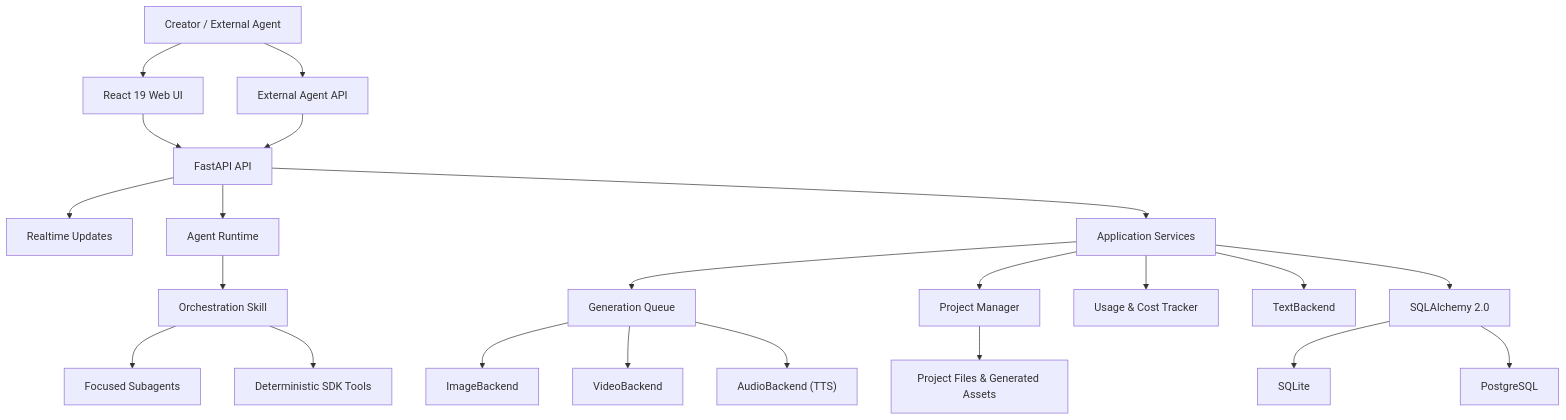
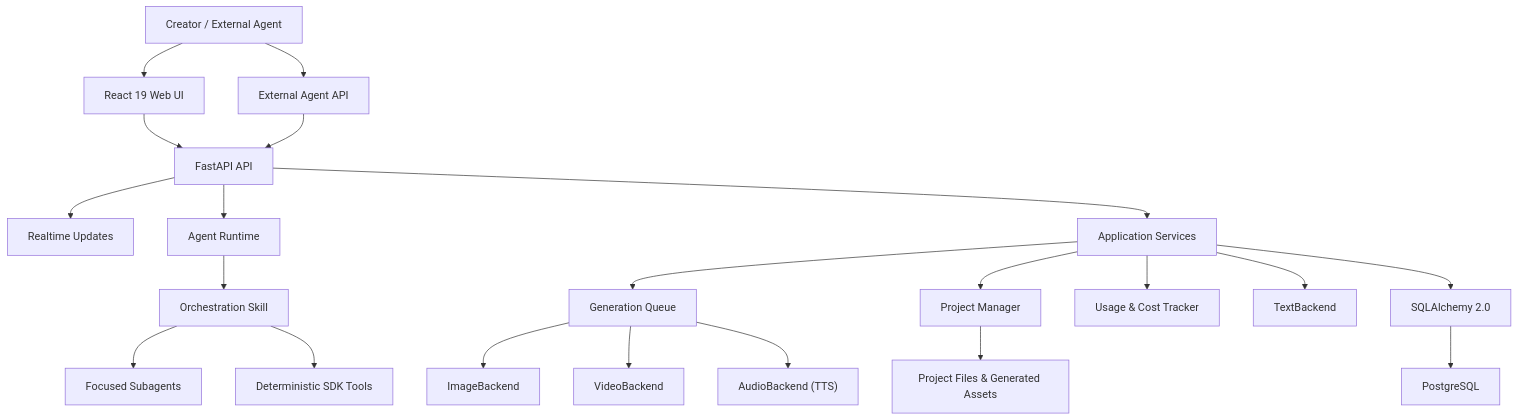
One commit to AtaraxyEcho/MatrixSpooll changed the first of 3 diagrams in website/docs/dev/architecture.md. Above: the diagram before and after it, drawn with Mermaid. The commit also changed other lines of this file and 134 other files, not shown here.

````diff
--- a/website/docs/dev/architecture.md
+++ b/website/docs/dev/architecture.md
@@ -28,30 +28,29 @@
 ```mermaid
 flowchart TB
     USER["Creator / External Agent"] --> UI["React 19 Web UI"]
     USER --> EXT["External Agent API"]
 
     UI --> API["FastAPI API"]
     EXT --> API
 
     API --> SSE["Realtime Updates"]
     API --> AGENT["Agent Runtime"]
     API --> SERVICES["Application Services"]
 
     AGENT --> ORCH["Orchestration Skill"]
     ORCH --> SUB["Focused Subagents"]
     ORCH --> TOOLS["Deterministic SDK Tools"]
 
     SERVICES --> QUEUE["Generation Queue"]
     SERVICES --> PROJECTS["Project Manager"]
     SERVICES --> USAGE["Usage & Cost Tracker"]
 
     SERVICES --> TEXT["TextBackend"]
     QUEUE --> IMAGE["ImageBackend"]
     QUEUE --> VIDEO["VideoBackend"]
     QUEUE --> TTS["AudioBackend (TTS)"]
 
     PROJECTS --> FILES["Project Files & Generated Assets"]
     SERVICES --> ORM["SQLAlchemy 2.0"]
-    ORM --> SQLITE["SQLite"]
     ORM --> PG["PostgreSQL"]
 ```
````
